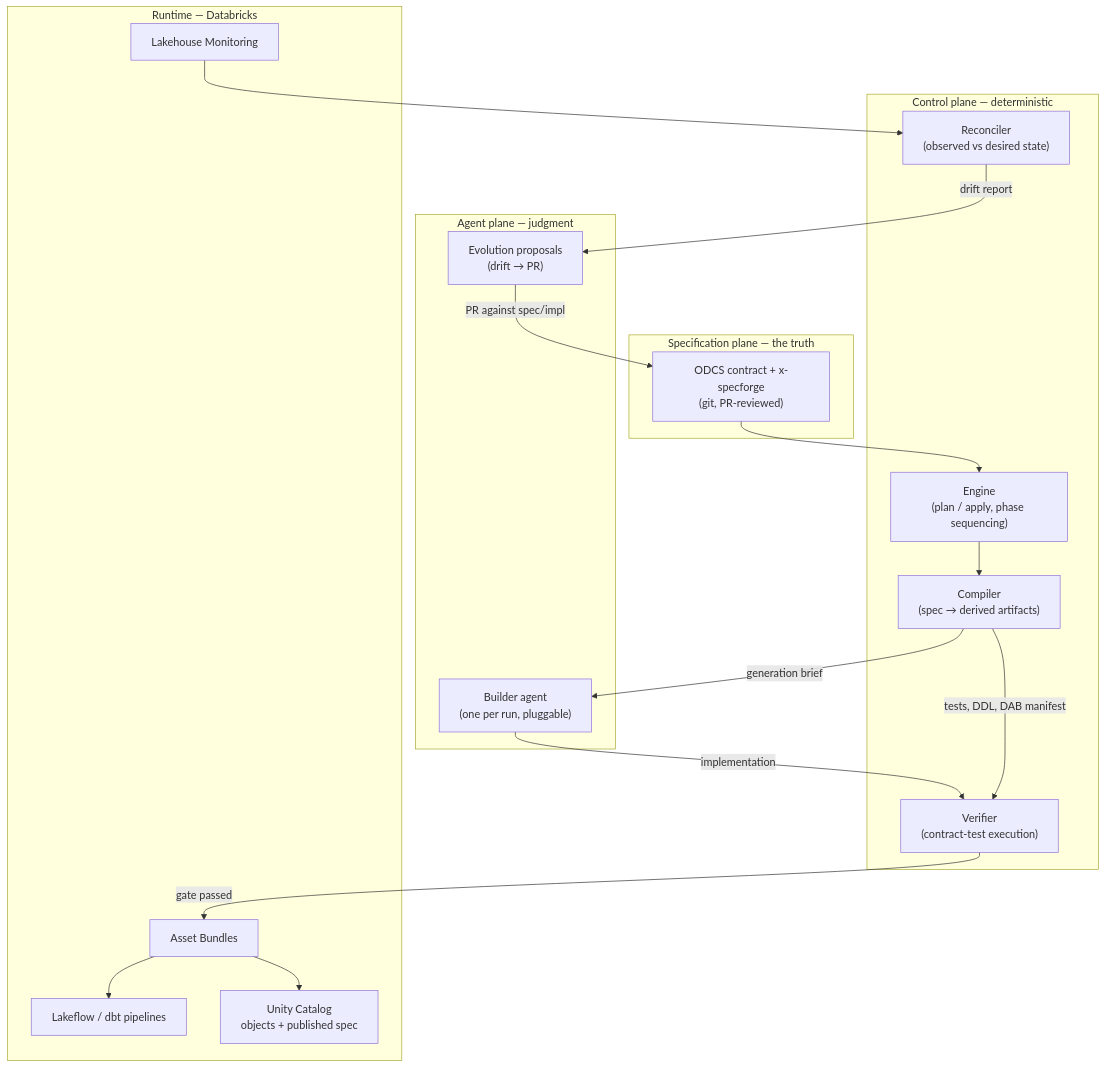
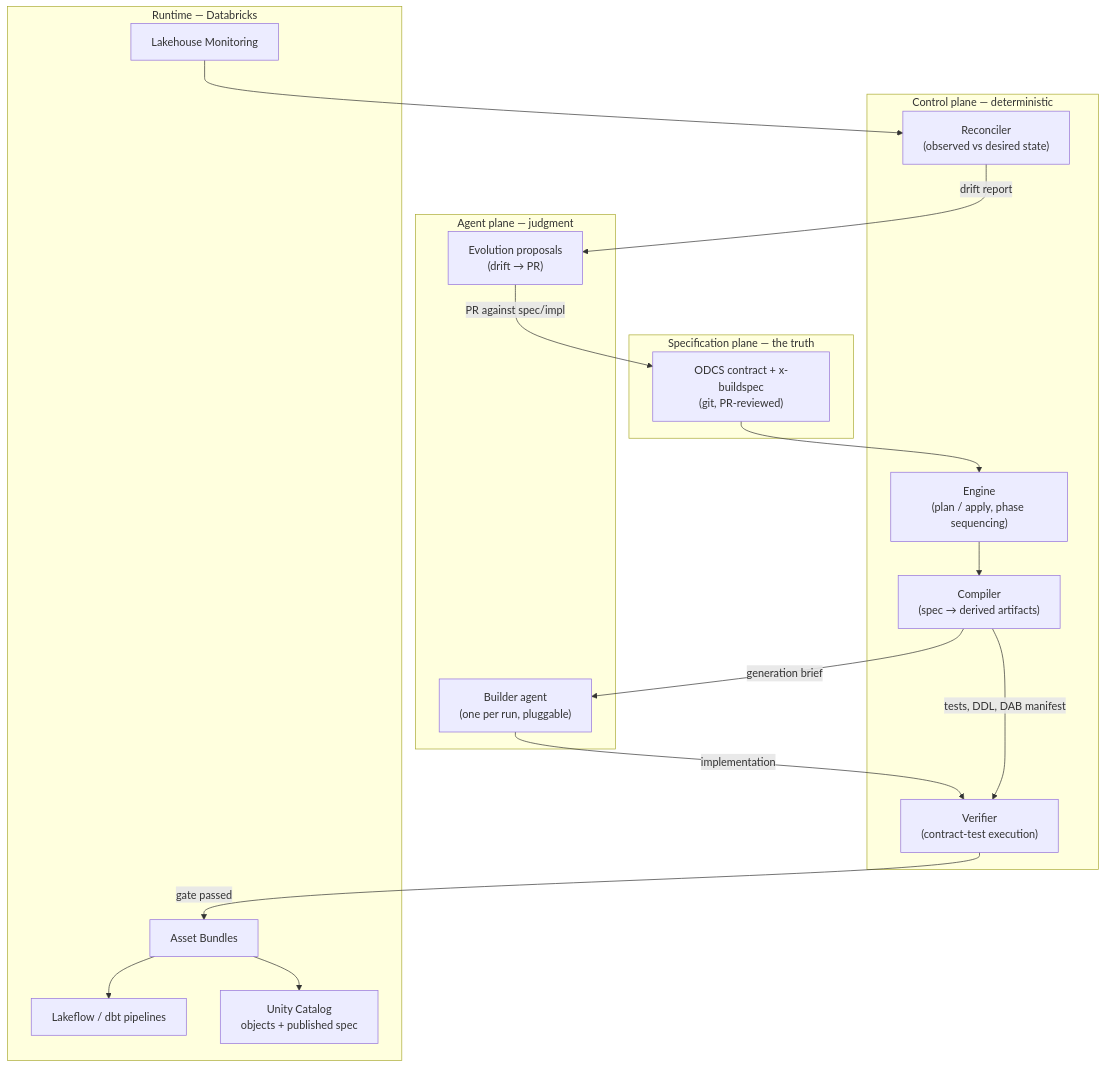
One commit to shivanandiyer/project-specforge changed the first of 3 diagrams in docs/architecture/overview.md. Above: the diagram before and after it, drawn with Mermaid. The commit also changed 8 other files, not shown here.

Commit message:
refactor: rename x-specforge extension block to x-buildspec

````diff
--- a/docs/architecture/overview.md
+++ b/docs/architecture/overview.md
@@ -9,34 +9,34 @@
 ```mermaid
 flowchart TB
     subgraph SP["Specification plane — the truth"]
-        SPEC["ODCS contract + x-specforge<br/>(git, PR-reviewed)"]
+        SPEC["ODCS contract + x-buildspec<br/>(git, PR-reviewed)"]
     end
     subgraph CP["Control plane — deterministic"]
         ENGINE["Engine<br/>(plan / apply, phase sequencing)"]
         COMPILER["Compiler<br/>(spec → derived artifacts)"]
         VERIFIER["Verifier<br/>(contract-test execution)"]
         RECON["Reconciler<br/>(observed vs desired state)"]
     end
     subgraph AP["Agent plane — judgment"]
         BUILDER["Builder agent<br/>(one per run, pluggable)"]
         EVOLVER["Evolution proposals<br/>(drift → PR)"]
     end
     subgraph RT["Runtime — Databricks"]
         DAB["Asset Bundles"]
         PIPE["Lakeflow / dbt pipelines"]
         UC["Unity Catalog<br/>objects + published spec"]
         MON["Lakehouse Monitoring"]
     end
 
     SPEC --> ENGINE
     ENGINE --> COMPILER
     COMPILER -->|"generation brief"| BUILDER
     BUILDER -->|"implementation"| VERIFIER
     COMPILER -->|"tests, DDL, DAB manifest"| VERIFIER
     VERIFIER -->|"gate passed"| DAB
     DAB --> PIPE
     DAB --> UC
     MON --> RECON
     RECON -->|"drift report"| EVOLVER
     EVOLVER -->|"PR against spec/impl"| SPEC
 ```
````
